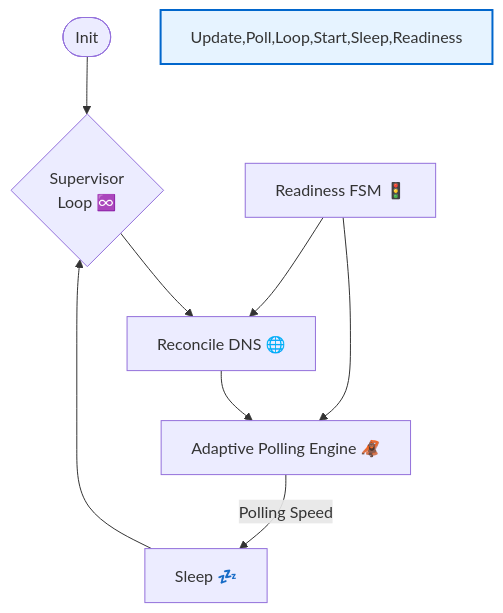
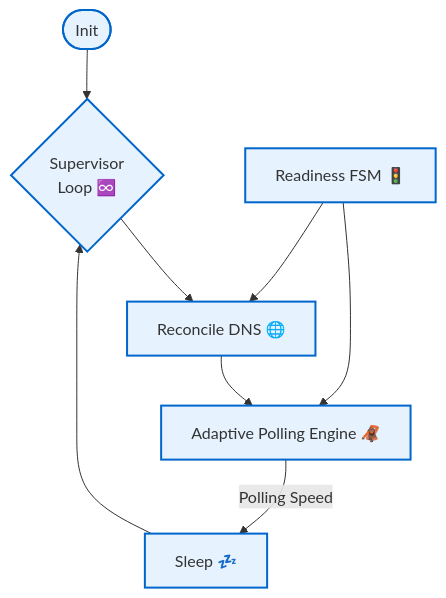
Before and after one commit to bkaewell/cloudflare-verified-ddns: the first of 3 diagrams in docs/CONTROL_LOOP.md, drawn with Mermaid.

Commit message:
Minor updates

````diff
--- a/docs/CONTROL_LOOP.md
+++ b/docs/CONTROL_LOOP.md
@@ -21,29 +21,29 @@
 ```mermaid
 ---
 title: 
 config:
    look: classic
    theme: 'default'
 ---
 graph TD
     Start([Init]) --> Loop{Supervisor<br>Loop ♾️}
     Loop --> Update[Reconcile DNS 🌐]
     Readiness[Readiness FSM 🚦] --> Poll
     %%<br/>⚪ INIT<br/>🟡 PROBING<br/>💚 READY<br/>🔴 NOT_READY"] --> Update
     Update --> Poll[Adaptive Polling Engine 🦧]
     Poll -->  |"Polling Speed"| Sleep[Sleep 💤]
     Sleep -->  Loop
     Readiness --> Update
 
     %% Visual highlights
     %%style Poll fill:#fff3e6,stroke:#cc6600,stroke-width:3px,rx:12,ry:12
     %%style Loop fill:#f0f8ff,stroke:#004080,stroke-width:3px,rx:12,ry:12
     %%style Update fill:#e6f3ff,stroke:#0066cc,stroke-width:2px
     %%style Start fill:#cce5ff,stroke:#004080,rx:12,ry:12
     %%style Sleep fill:#f8f9fa,stroke:#666,stroke-width:2px
     %%style Readiness 
 
-    style Update,Poll,Loop,Start,Sleep,Readiness fill:#e6f3ff,stroke:#0066cc,stroke-width:2px
+    classDef all fill:#e6f3ff,stroke:#0066cc,stroke-width:2px
 
-    %%linkStyle default stroke:#666,stroke-width:2px
+    class Update,Poll,Loop,Start,Sleep,Readiness all
 ```
````
